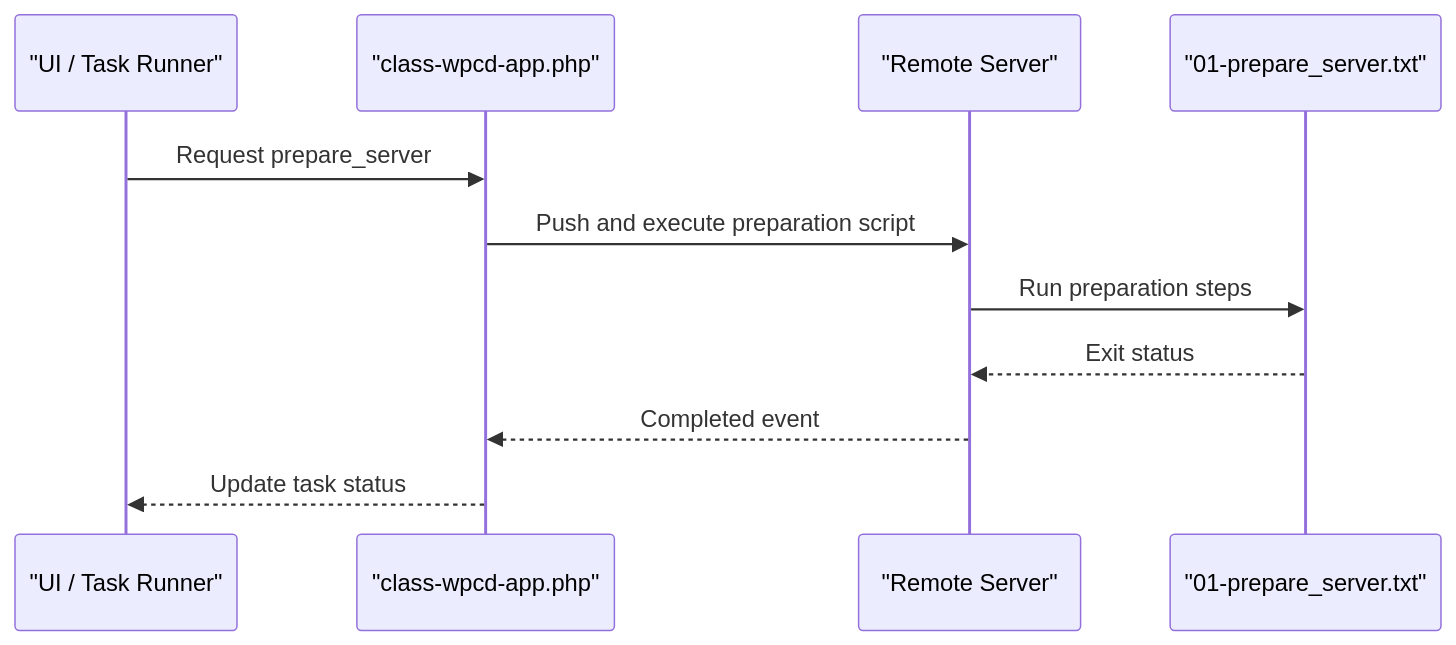
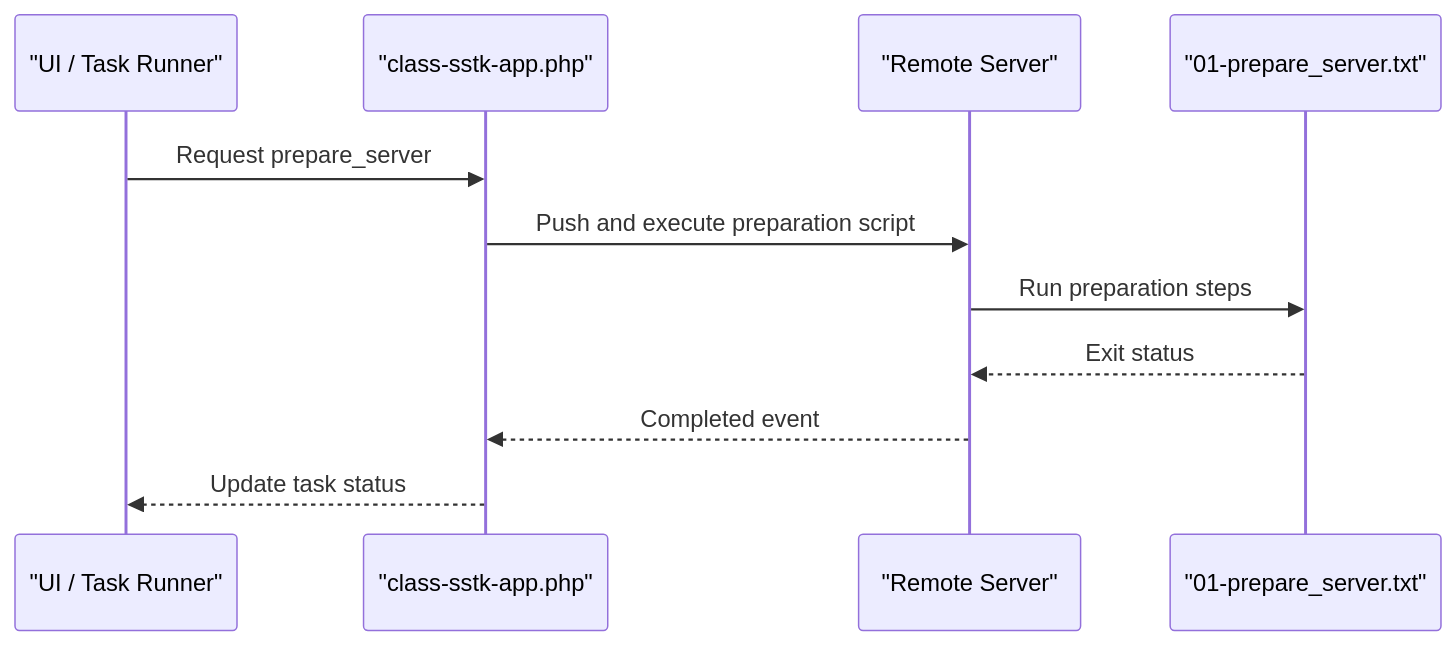
One commit to onedogsolutions/simple-stack changed the sixth of 7 diagrams in .qoder/repowiki/en/content/WordPress Application Engine/Server Provisioning Scripts/Server Preparation Scripts.md. Above: the diagram before and after it, drawn with Mermaid. The commit also changed other lines of this file and 5941 other files, not shown here.

````diff
--- a/.qoder/repowiki/en/content/WordPress Application Engine/Server Provisioning Scripts/Server Preparation Scripts.md
+++ b/.qoder/repowiki/en/content/WordPress Application Engine/Server Provisioning Scripts/Server Preparation Scripts.md
@@ -410,13 +410,13 @@
 ```mermaid
 sequenceDiagram
 participant UI as "UI / Task Runner"
-participant App as "class-wpcd-app.php"
+participant App as "class-sstk-app.php"
 participant Server as "Remote Server"
 participant Script as "01-prepare_server.txt"
 UI->>App : Request prepare_server
 App->>Server : Push and execute preparation script
 Server->>Script : Run preparation steps
 Script-->>Server : Exit status
 Server-->>App : Completed event
 App-->>UI : Update task status
 ```
````
